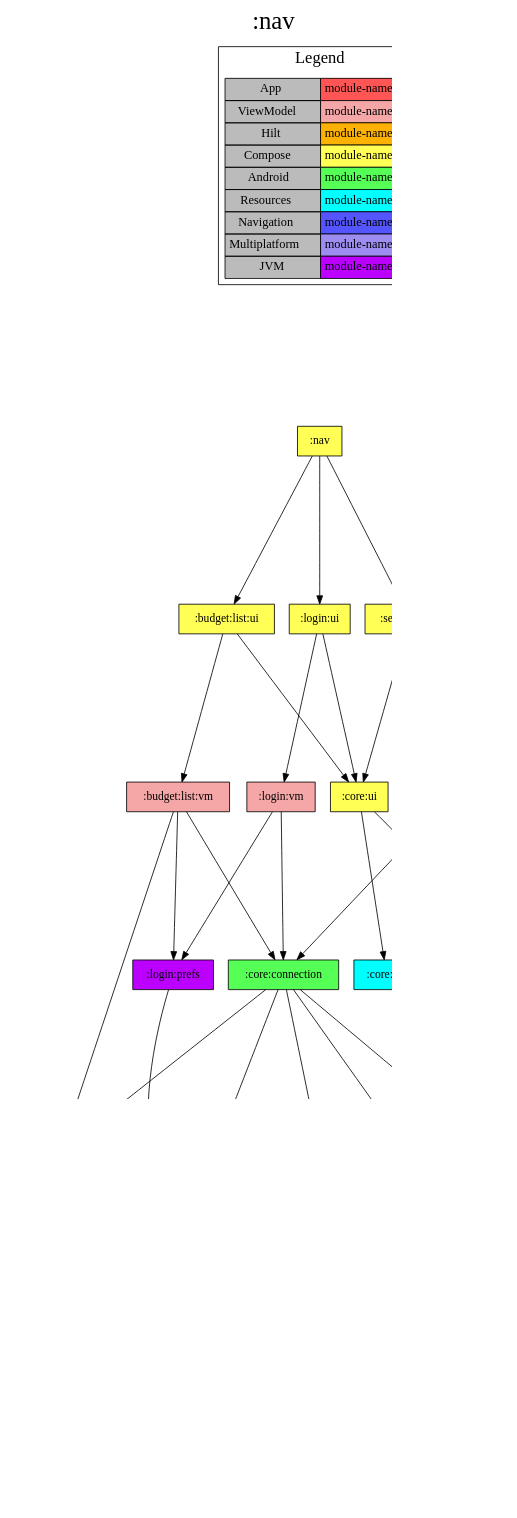
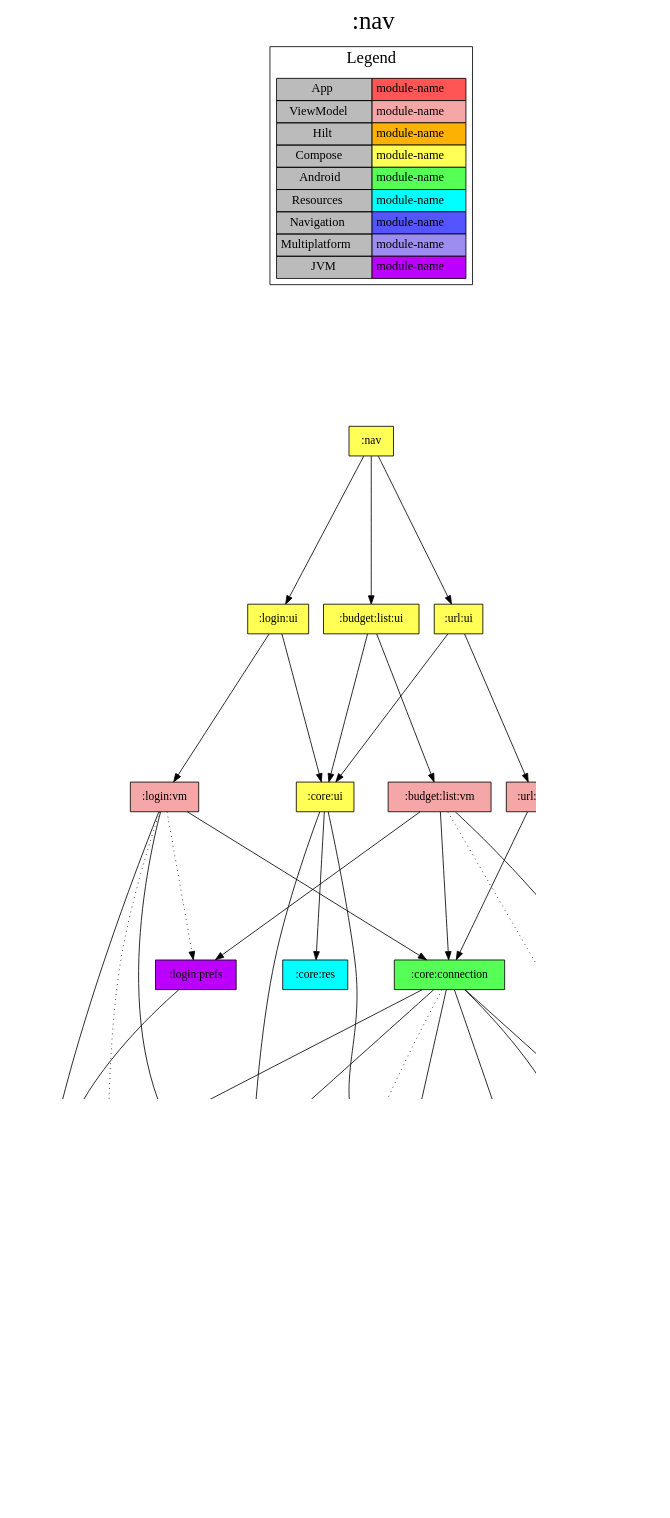
The diagram in modules/nav/project-dependency-graph.dot (jonapoul/aktual), drawn with Graphviz before and after one commit. The commit also changed 152 other files, not shown here.

```diff
--- a/modules/nav/project-dependency-graph.dot
+++ b/modules/nav/project-dependency-graph.dot
@@ -1,71 +1,82 @@
 digraph {
 edge ["dir"="forward"]
 graph ["dpi"="100","label"=":nav","labelloc"="t","fontsize"="30","ranksep"="2.5","rankdir"="TB"]
 node ["style"="filled"]
 ":nav" ["fillcolor"="#FFFF55","shape"="box"]
 ":budget:list:ui" ["fillcolor"="#FFFF55","shape"="box"]
 ":budget:list:vm" ["fillcolor"="#F5A6A6","shape"="box"]
 ":core:connection" ["fillcolor"="#55FF55","shape"="box"]
 ":api:client" ["fillcolor"="#BB00FF","shape"="box"]
 ":api:model" ["fillcolor"="#BB00FF","shape"="box"]
-":core:model" ["fillcolor"="#BB00FF","shape"="box"]
+":login:model" ["fillcolor"="#9D8DF1","shape"="box"]
+":url:model" ["fillcolor"="#9D8DF1","shape"="box"]
 ":api:json" ["fillcolor"="#BB00FF","shape"="box"]
 ":core:coroutines" ["fillcolor"="#BB00FF","shape"="box"]
-":core:state" ["fillcolor"="#55FF55","shape"="box"]
-":serverUrl:prefs" ["fillcolor"="#55FF55","shape"="box"]
+":core:versions" ["fillcolor"="#9D8DF1","shape"="box"]
+":core:buildconfig" ["fillcolor"="#9D8DF1","shape"="box"]
+":url:prefs" ["fillcolor"="#55FF55","shape"="box"]
 ":login:prefs" ["fillcolor"="#BB00FF","shape"="box"]
 ":core:ui" ["fillcolor"="#FFFF55","shape"="box"]
 ":core:res" ["fillcolor"="#00FFFF","shape"="box"]
 ":login:ui" ["fillcolor"="#FFFF55","shape"="box"]
 ":login:vm" ["fillcolor"="#F5A6A6","shape"="box"]
-":serverUrl:ui" ["fillcolor"="#FFFF55","shape"="box"]
-":serverUrl:vm" ["fillcolor"="#F5A6A6","shape"="box"]
+":url:ui" ["fillcolor"="#FFFF55","shape"="box"]
+":url:vm" ["fillcolor"="#F5A6A6","shape"="box"]
 {
 edge ["dir"="none"]
 graph ["rank"="same"]
 }
 ":nav" -> ":budget:list:ui"
 ":nav" -> ":login:ui"
-":nav" -> ":serverUrl:ui"
+":nav" -> ":url:ui"
 ":budget:list:ui" -> ":budget:list:vm"
 ":budget:list:ui" -> ":core:ui"
 ":budget:list:vm" -> ":core:connection"
 ":budget:list:vm" -> ":login:prefs"
-":budget:list:vm" -> ":serverUrl:prefs"
+":budget:list:vm" -> ":url:model"
+":budget:list:vm" -> ":url:prefs" ["style"="dotted"]
 ":core:connection" -> ":api:client"
 ":core:connection" -> ":api:json"
 ":core:connection" -> ":core:coroutines"
-":core:connection" -> ":core:state"
-":core:connection" -> ":serverUrl:prefs"
+":core:connection" -> ":core:versions"
+":core:connection" -> ":url:model"
+":core:connection" -> ":url:prefs"
+":core:connection" -> ":core:buildconfig" ["style"="dotted"]
 ":api:client" -> ":api:model"
-":api:model" -> ":core:model"
-":core:state" -> ":core:model"
-":serverUrl:prefs" -> ":core:model"
-":login:prefs" -> ":core:model"
-":core:ui" -> ":core:model"
+":api:client" -> ":url:model"
+":api:model" -> ":login:model"
+":core:versions" -> ":core:buildconfig"
+":url:prefs" -> ":url:model"
+":login:prefs" -> ":login:model"
 ":core:ui" -> ":core:res"
+":core:ui" -> ":core:versions"
+":core:ui" -> ":url:model"
 ":login:ui" -> ":core:ui"
 ":login:ui" -> ":login:vm"
 ":login:vm" -> ":core:connection"
-":login:vm" -> ":login:prefs"
-":serverUrl:ui" -> ":core:ui"
-":serverUrl:ui" -> ":serverUrl:vm"
-":serverUrl:vm" -> ":core:connection"
+":login:vm" -> ":login:model"
+":login:vm" -> ":url:model"
+":login:vm" -> ":api:client" ["style"="dotted"]
+":login:vm" -> ":login:prefs" ["style"="dotted"]
+":url:ui" -> ":core:ui"
+":url:ui" -> ":url:vm"
+":url:vm" -> ":core:connection"
+":url:vm" -> ":url:model"
 subgraph "cluster_legend" {
 edge ["dir"="none"]
 graph ["label"="Legend","fontsize"="20"]
 "Legend" ["style"="filled","fillcolor"="#bbbbbb","shape"="none","margin"="0","fontsize"="15","label"=<
 <TABLE BORDER="0" CELLBORDER="1" CELLSPACING="0" CELLPADDING="4">
 <TR><TD>App</TD><TD BGCOLOR="#FF5555">module-name</TD></TR>
 <TR><TD>ViewModel</TD><TD BGCOLOR="#F5A6A6">module-name</TD></TR>
 <TR><TD>Hilt</TD><TD BGCOLOR="#FCB103">module-name</TD></TR>
 <TR><TD>Compose</TD><TD BGCOLOR="#FFFF55">module-name</TD></TR>
 <TR><TD>Android</TD><TD BGCOLOR="#55FF55">module-name</TD></TR>
 <TR><TD>Resources</TD><TD BGCOLOR="#00FFFF">module-name</TD></TR>
 <TR><TD>Navigation</TD><TD BGCOLOR="#5555FF">module-name</TD></TR>
 <TR><TD>Multiplatform</TD><TD BGCOLOR="#9D8DF1">module-name</TD></TR>
 <TR><TD>JVM</TD><TD BGCOLOR="#BB00FF">module-name</TD></TR>
 </TABLE>
 >]
 } -> ":nav" ["style"="invis"]
 }
```
